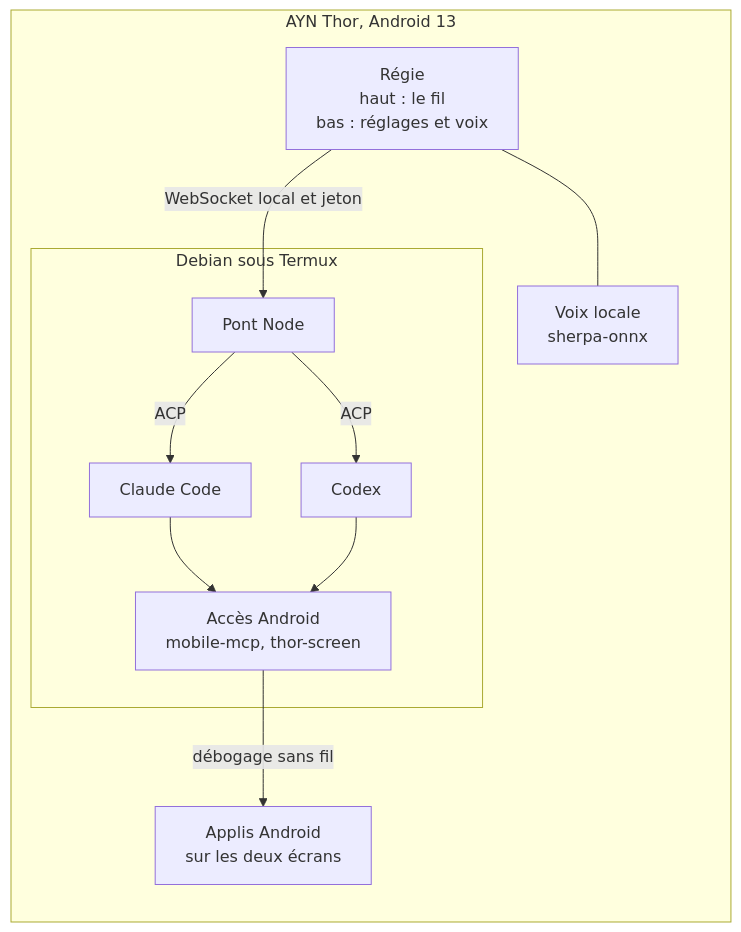
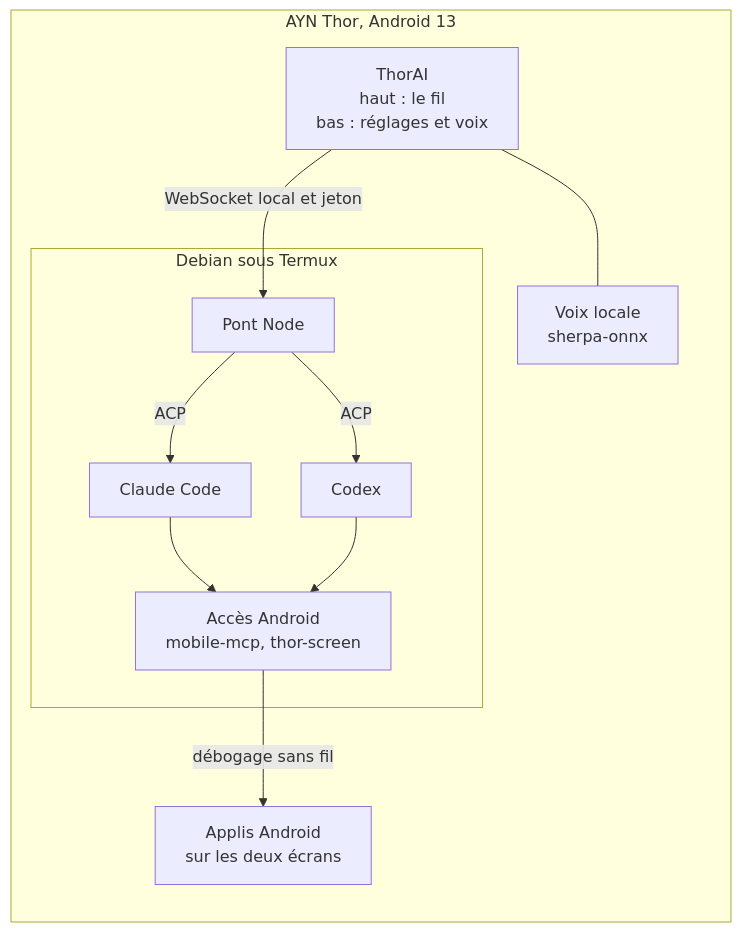
Before and after one commit to DabiK/thorai: the diagram in README.md, drawn with Mermaid. The commit also changed other lines of this file and 13 other files, not shown here.

````diff
--- a/README.md
+++ b/README.md
@@ -53,21 +53,21 @@
 ```mermaid
 flowchart LR
   subgraph Thor["AYN Thor, Android 13"]
-    App["Régie<br/>haut : le fil<br/>bas : réglages et voix"]
+    App["ThorAI<br/>haut : le fil<br/>bas : réglages et voix"]
     Voix["Voix locale<br/>sherpa-onnx"]
     Android["Applis Android<br/>sur les deux écrans"]
     subgraph Debian["Debian sous Termux"]
       Pont["Pont Node"]
       Claude["Claude Code"]
       Codex["Codex"]
       Acces["Accès Android<br/>mobile-mcp, thor-screen"]
     end
   end
   App --- Voix
   App -- "WebSocket local et jeton" --> Pont
   Pont -- "ACP" --> Claude
   Pont -- "ACP" --> Codex
   Claude --> Acces
   Codex --> Acces
   Acces -- "débogage sans fil" --> Android
 ```
````
